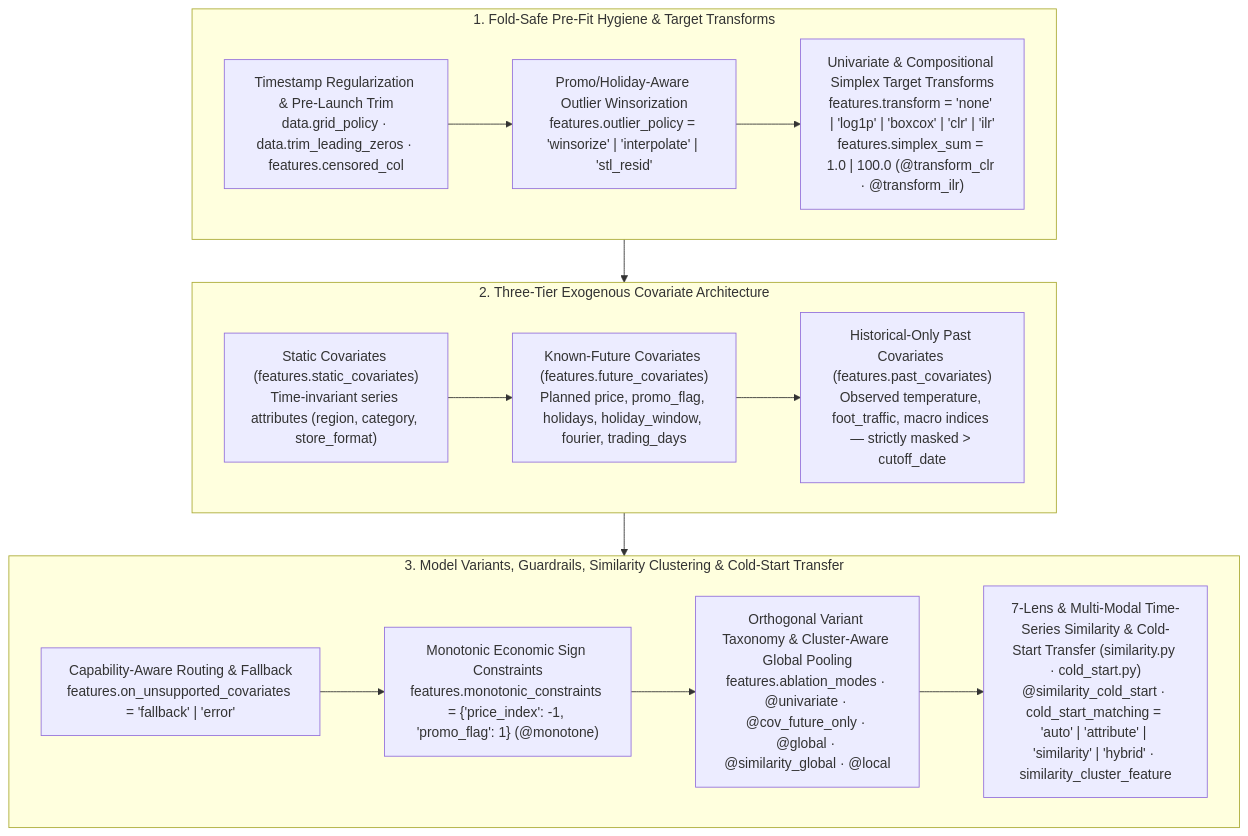
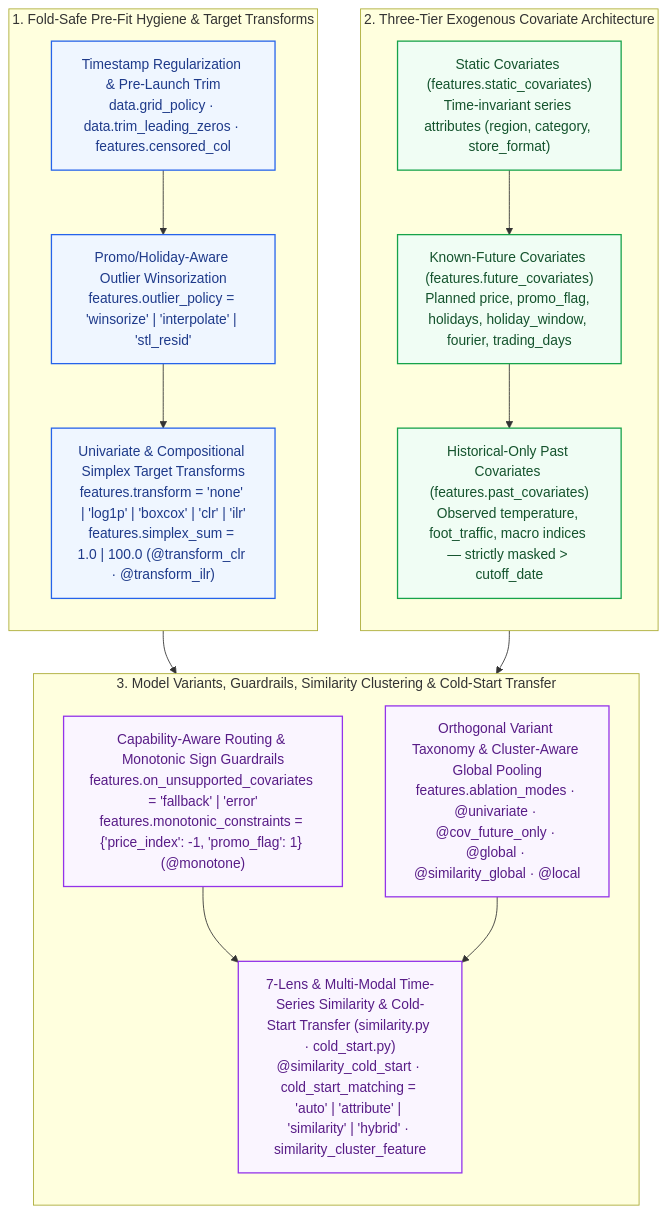
The diagram in docs/features_and_covariates.md (statmike/scale-forecasting), drawn with Mermaid before and after one commit. The commit also changed other lines of this file and 16 other files, not shown here.

Commit message:
docs: expand temporal reconciliation reference, fix GitHub MathJax & Mermaid aspect ratios, and add pre-commit tripwires

````diff
--- a/docs/features_and_covariates.md
+++ b/docs/features_and_covariates.md
@@ -5,26 +5,32 @@
 ```mermaid
 flowchart TD
+    classDef s1 fill:#eff6ff,stroke:#2563eb,stroke-width:1.5px,color:#1e3a8a
+    classDef s2 fill:#f0fdf4,stroke:#16a34a,stroke-width:1.5px,color:#14532d
+    classDef s3 fill:#faf5ff,stroke:#9333ea,stroke-width:1.5px,color:#581c87
+
     subgraph S1["1. Fold-Safe Pre-Fit Hygiene & Target Transforms"]
-        T1["Timestamp Regularization & Pre-Launch Trim<br/>data.grid_policy · data.trim_leading_zeros · features.censored_col"]
-        T2["Promo/Holiday-Aware Outlier Winsorization<br/>features.outlier_policy = 'winsorize' | 'interpolate' | 'stl_resid'"]
-        T3["Univariate & Compositional Simplex Target Transforms<br/>features.transform = 'none' | 'log1p' | 'boxcox' | 'clr' | 'ilr'<br/>features.simplex_sum = 1.0 | 100.0 (@transform_clr · @transform_ilr)"]
+        direction TB
+        T1["Timestamp Regularization & Pre-Launch Trim<br/>data.grid_policy · data.trim_leading_zeros · features.censored_col"]:::s1
+        T2["Promo/Holiday-Aware Outlier Winsorization<br/>features.outlier_policy = 'winsorize' | 'interpolate' | 'stl_resid'"]:::s1
+        T3["Univariate & Compositional Simplex Target Transforms<br/>features.transform = 'none' | 'log1p' | 'boxcox' | 'clr' | 'ilr'<br/>features.simplex_sum = 1.0 | 100.0 (@transform_clr · @transform_ilr)"]:::s1
         T1 --> T2 --> T3
     end
 
     subgraph S2["2. Three-Tier Exogenous Covariate Architecture"]
-        C1["Static Covariates (features.static_covariates)<br/>Time-invariant series attributes (region, category, store_format)"]
-        C2["Known-Future Covariates (features.future_covariates)<br/>Planned price, promo_flag, holidays, holiday_window, fourier, trading_days"]
-        C3["Historical-Only Past Covariates (features.past_covariates)<br/>Observed temperature, foot_traffic, macro indices — strictly masked > cutoff_date"]
+        direction TB
+        C1["Static Covariates (features.static_covariates)<br/>Time-invariant series attributes (region, category, store_format)"]:::s2
+        C2["Known-Future Covariates (features.future_covariates)<br/>Planned price, promo_flag, holidays, holiday_window, fourier, trading_days"]:::s2
+        C3["Historical-Only Past Covariates (features.past_covariates)<br/>Observed temperature, foot_traffic, macro indices — strictly masked > cutoff_date"]:::s2
         C1 --> C2 --> C3
     end
 
     subgraph S3["3. Model Variants, Guardrails, Similarity Clustering & Cold-Start Transfer"]
-        V1["Capability-Aware Routing & Fallback<br/>features.on_unsupported_covariates = 'fallback' | 'error'"]
-        V2["Monotonic Economic Sign Constraints<br/>features.monotonic_constraints = {'price_index': -1, 'promo_flag': 1} (@monotone)"]
-        V3["Orthogonal Variant Taxonomy & Cluster-Aware Global Pooling<br/>features.ablation_modes · @univariate · @cov_future_only · @global · @similarity_global · @local"]
-        V4["7-Lens & Multi-Modal Time-Series Similarity & Cold-Start Transfer (similarity.py · cold_start.py)<br/>@similarity_cold_start · cold_start_matching = 'auto' | 'attribute' | 'similarity' | 'hybrid' · similarity_cluster_feature"]
-        V1 --> V2 --> V3 --> V4
+        direction TB
+        V1["Capability-Aware Routing & Monotonic Sign Guardrails<br/>features.on_unsupported_covariates = 'fallback' | 'error'<br/>features.monotonic_constraints = {'price_index': -1, 'promo_flag': 1} (@monotone)"]:::s3
+        V2["Orthogonal Variant Taxonomy & Cluster-Aware Global Pooling<br/>features.ablation_modes · @univariate · @cov_future_only · @global · @similarity_global · @local"]:::s3
+        V3["7-Lens & Multi-Modal Time-Series Similarity & Cold-Start Transfer (similarity.py · cold_start.py)<br/>@similarity_cold_start · cold_start_matching = 'auto' | 'attribute' | 'similarity' | 'hybrid' · similarity_cluster_feature"]:::s3
+        V1 & V2 --> V3
     end
 
-    S1 --> S2 --> S3
+    S1 & S2 --> S3
 ```
````
